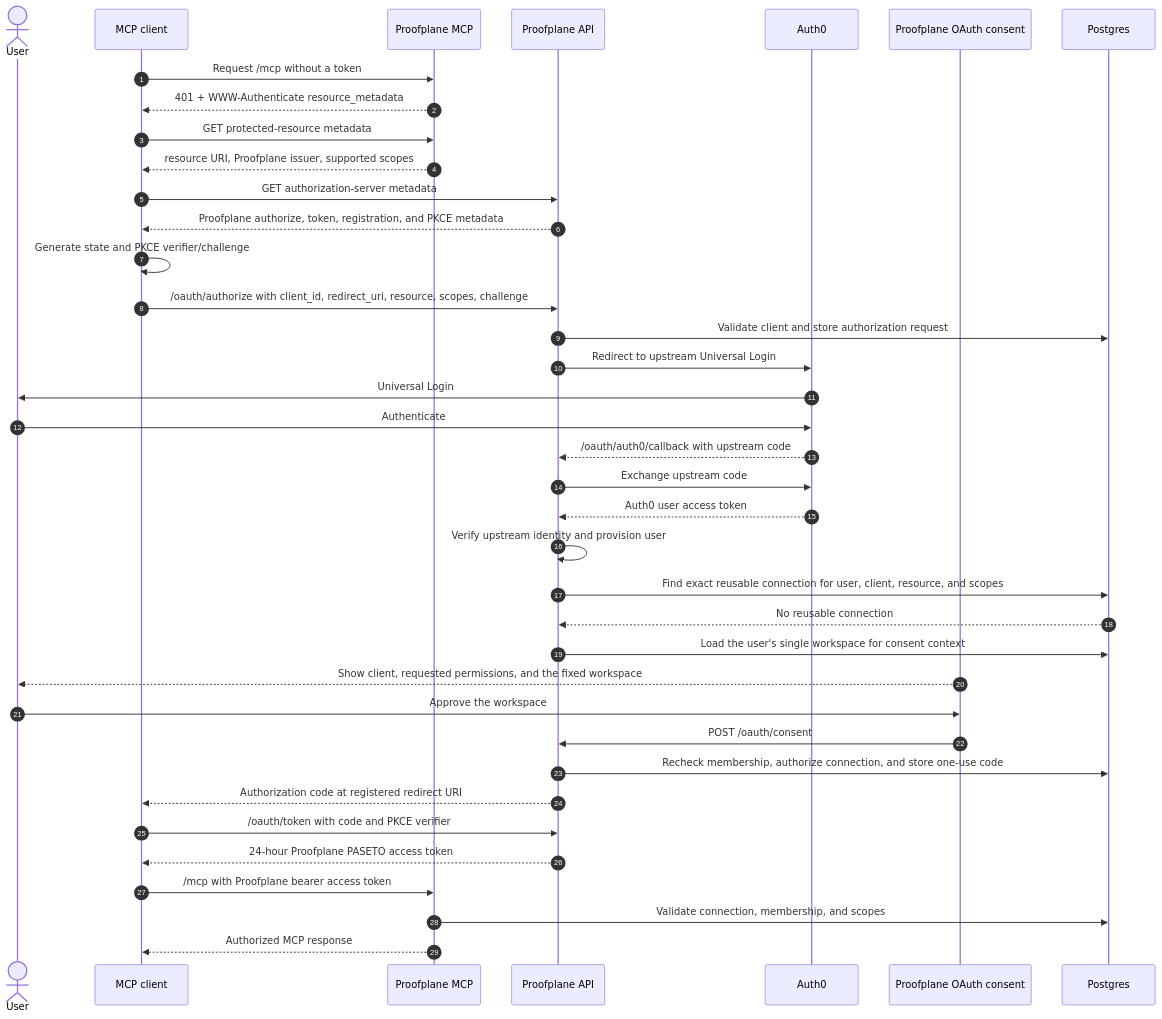
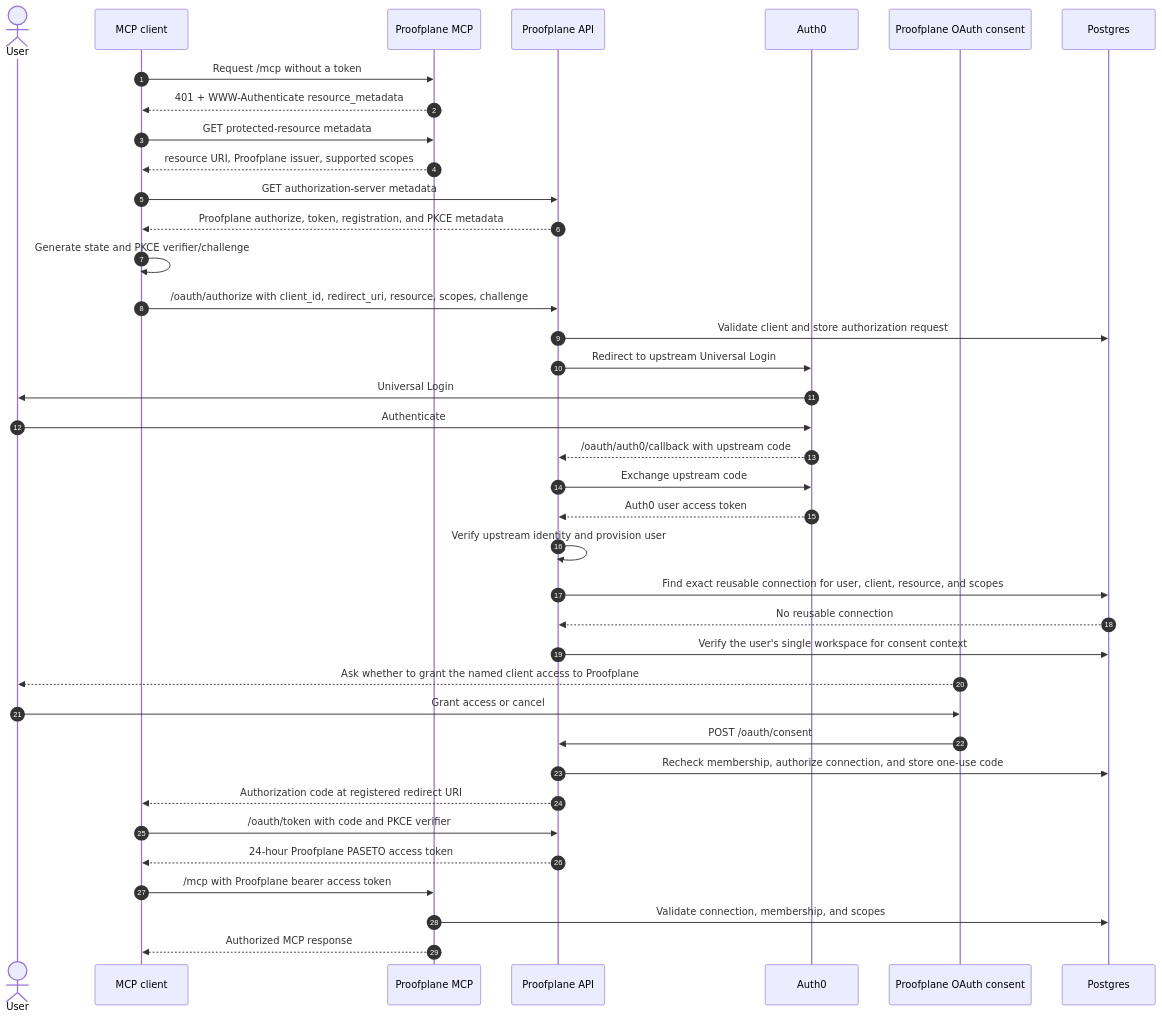
One commit to proofplane/proofplane changed the second of 4 diagrams in docs/epics/agent-connector-onboarding/spec.md. Above: the diagram before and after it, drawn with Mermaid. The commit also changed other lines of this file and 22 other files, not shown here.

````diff
--- a/docs/epics/agent-connector-onboarding/spec.md
+++ b/docs/epics/agent-connector-onboarding/spec.md
@@ -207,43 +215,43 @@
 ```mermaid
 sequenceDiagram
     autonumber
     actor U as User
     participant C as MCP client
     participant M as Proofplane MCP
     participant P as Proofplane API
     participant I as Auth0
     participant W as Proofplane OAuth consent
     participant D as Postgres
 
     C->>M: Request /mcp without a token
     M-->>C: 401 + WWW-Authenticate resource_metadata
     C->>M: GET protected-resource metadata
     M-->>C: resource URI, Proofplane issuer, supported scopes
     C->>P: GET authorization-server metadata
     P-->>C: Proofplane authorize, token, registration, and PKCE metadata
 
     C->>C: Generate state and PKCE verifier/challenge
     C->>P: /oauth/authorize with client_id, redirect_uri, resource, scopes, challenge
     P->>D: Validate client and store authorization request
     P->>I: Redirect to upstream Universal Login
     I->>U: Universal Login
     U->>I: Authenticate
     I-->>P: /oauth/auth0/callback with upstream code
     P->>I: Exchange upstream code
     I-->>P: Auth0 user access token
     P->>P: Verify upstream identity and provision user
     P->>D: Find exact reusable connection for user, client, resource, and scopes
     D-->>P: No reusable connection
-    P->>D: Load the user's single workspace for consent context
-    W-->>U: Show client, requested permissions, and the fixed workspace
-    U->>W: Approve the workspace
+    P->>D: Verify the user's single workspace for consent context
+    W-->>U: Ask whether to grant the named client access to Proofplane
+    U->>W: Grant access or cancel
     W->>P: POST /oauth/consent
     P->>D: Recheck membership, authorize connection, and store one-use code
     P-->>C: Authorization code at registered redirect URI
     C->>P: /oauth/token with code and PKCE verifier
     P-->>C: 24-hour Proofplane PASETO access token
 
     C->>M: /mcp with Proofplane bearer access token
     M->>D: Validate connection, membership, and scopes
     M-->>C: Authorized MCP response
 ```
````
